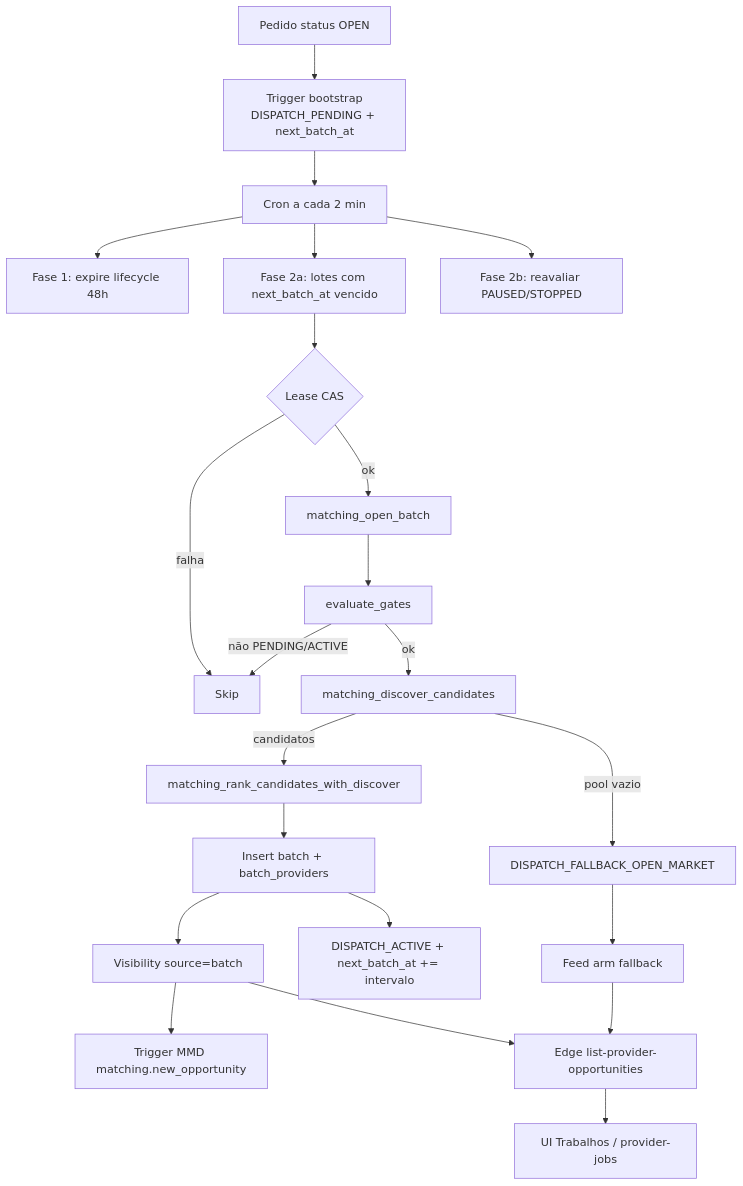
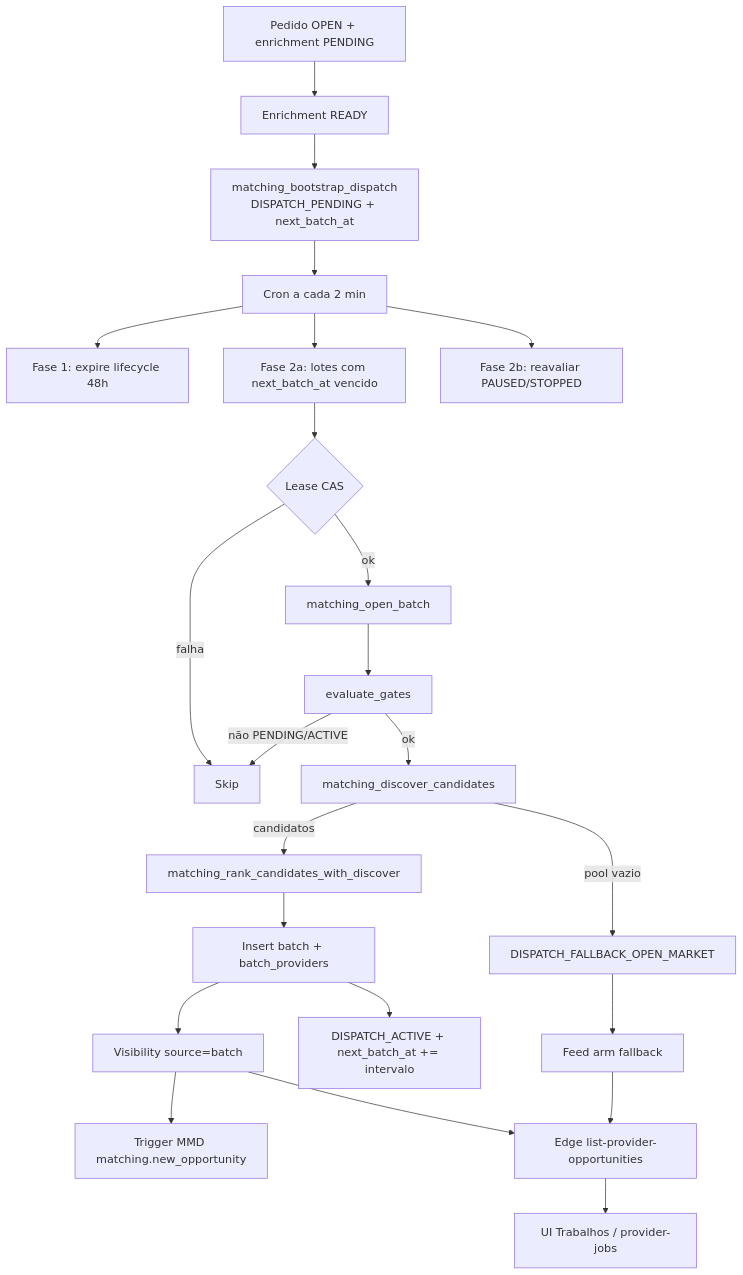
One commit to higorpo/renovi-orbit-test changed the diagram in docs/business/modulos/matching-dispatch/features/dispatch-e-visibilidade.md. Above: the diagram before and after it, drawn with Mermaid. The commit also changed other lines of this file and 35 other files, not shown here.

````diff
--- a/docs/business/modulos/matching-dispatch/features/dispatch-e-visibilidade.md
+++ b/docs/business/modulos/matching-dispatch/features/dispatch-e-visibilidade.md
@@ -48,24 +48,25 @@
 ```mermaid
 flowchart TD
-  A[Pedido status OPEN] --> B[Trigger bootstrap<br/>DISPATCH_PENDING + next_batch_at]
+  A[Pedido OPEN + enrichment PENDING] --> R[Enrichment READY]
+  R --> B[matching_bootstrap_dispatch<br/>DISPATCH_PENDING + next_batch_at]
   B --> C[Cron a cada 2 min]
   C --> C1[Fase 1: expire lifecycle 48h]
   C --> C2[Fase 2a: lotes com next_batch_at vencido]
   C --> C3[Fase 2b: reavaliar PAUSED/STOPPED]
   C2 --> D{Lease CAS}
   D -->|ok| E[matching_open_batch]
   D -->|falha| X[Skip]
   E --> F[evaluate_gates]
   F -->|não PENDING/ACTIVE| X
   F -->|ok| G[matching_discover_candidates]
   G -->|pool vazio| H[DISPATCH_FALLBACK_OPEN_MARKET]
   G -->|candidatos| I[matching_rank_candidates_with_discover]
   I --> J[Insert batch + batch_providers]
   J --> K[Visibility source=batch]
   K --> L[Trigger MMD matching.new_opportunity]
   J --> M[DISPATCH_ACTIVE + next_batch_at += intervalo]
   H --> N[Feed arm fallback]
   K --> O[Edge list-provider-opportunities]
   N --> O
   O --> P[UI Trabalhos / provider-jobs]
 ```
````
